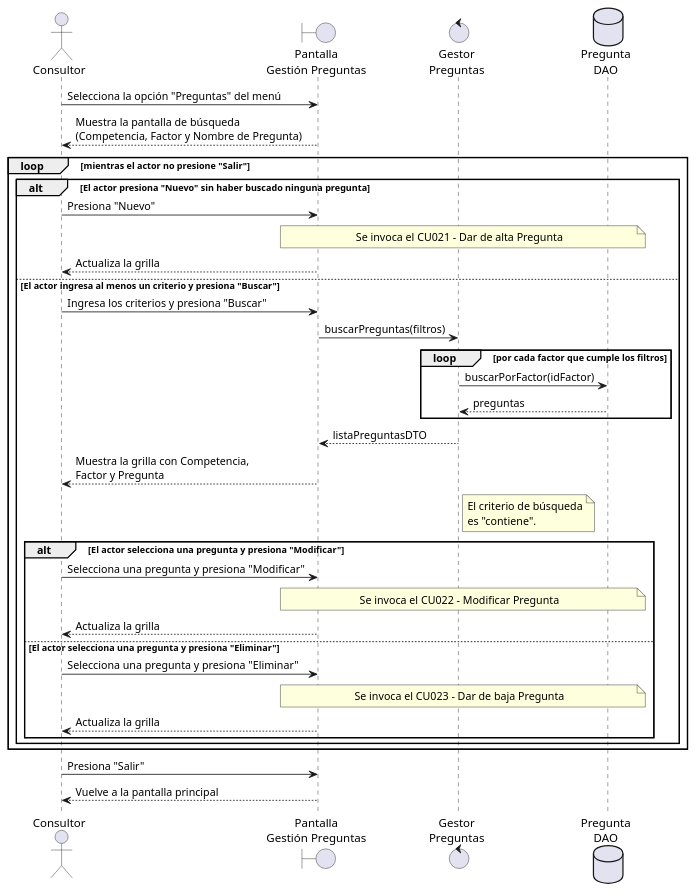
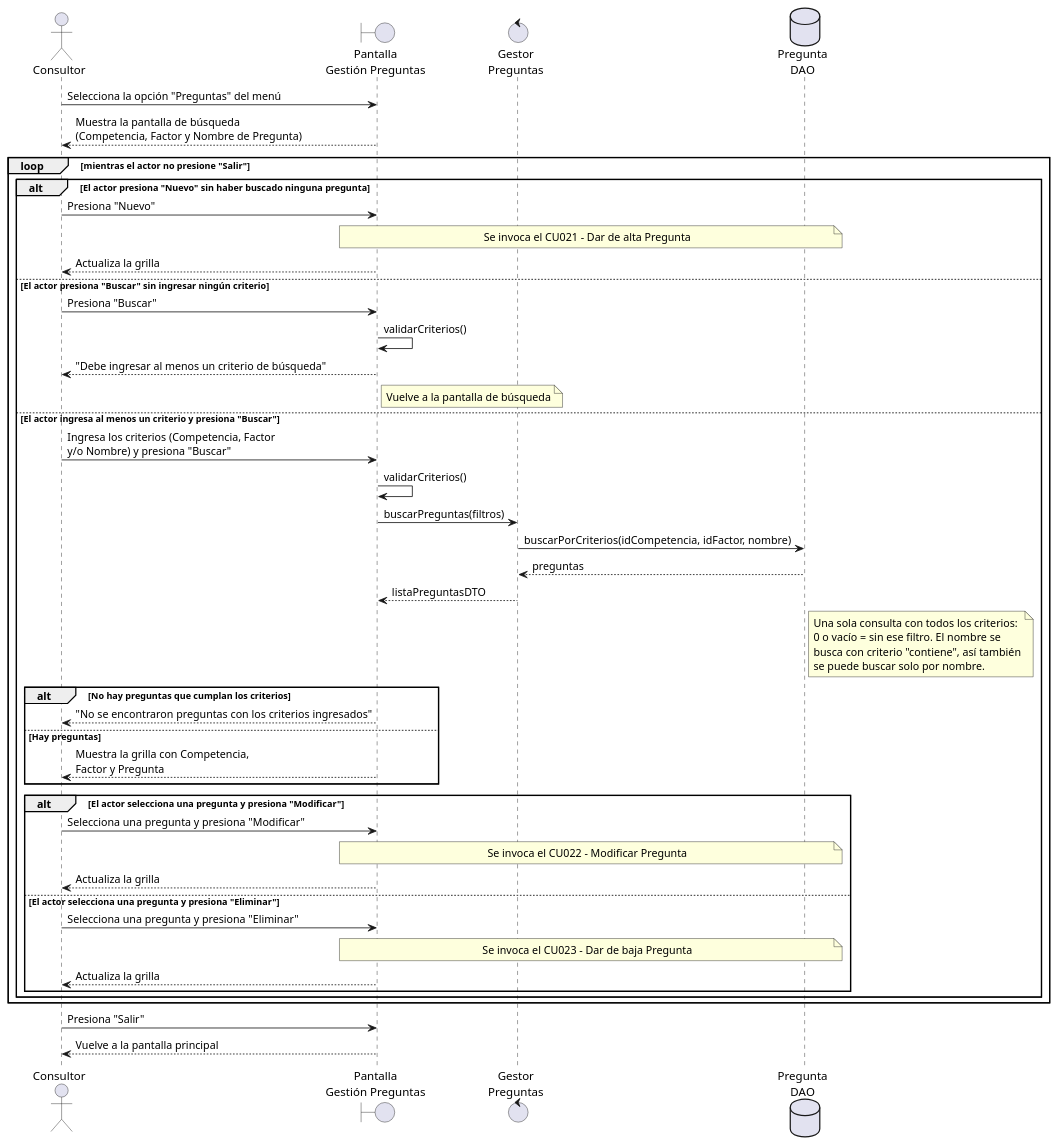
One commit to francopittavino/Design changed the diagram in Entrega 5 - Diagramas de Secuencia/CU020 - Gestionar Preguntas.puml. Above: the diagram before and after it, drawn with PlantUML. The commit also changed 18 other files, not shown here.

Commit message:
docs: alinear diagramas de clases y de secuencia con el código y las correcciones

```diff
--- a/Entrega 5 - Diagramas de Secuencia/CU020 - Gestionar Preguntas.puml
+++ b/Entrega 5 - Diagramas de Secuencia/CU020 - Gestionar Preguntas.puml
@@ -1,58 +1,69 @@
 @startuml CU020_GestionarPreguntas
 
 actor Consultor
 boundary "Pantalla\nGestión Preguntas" as PANT
 control "Gestor\nPreguntas" as GES
 database "Pregunta\nDAO" as DAO
 
 Consultor -> PANT : Selecciona la opción "Preguntas" del menú
 PANT --> Consultor : Muestra la pantalla de búsqueda\n(Competencia, Factor y Nombre de Pregunta)
 
 loop mientras el actor no presione "Salir"
 
   alt El actor presiona "Nuevo" sin haber buscado ninguna pregunta
 
     Consultor -> PANT : Presiona "Nuevo"
     note over PANT, DAO : Se invoca el CU021 - Dar de alta Pregunta
     PANT --> Consultor : Actualiza la grilla
 
+  else El actor presiona "Buscar" sin ingresar ningún criterio
+
+    Consultor -> PANT : Presiona "Buscar"
+    PANT -> PANT : validarCriterios()
+    PANT --> Consultor : "Debe ingresar al menos un criterio de búsqueda"
+    note right of PANT : Vuelve a la pantalla de búsqueda
+
   else El actor ingresa al menos un criterio y presiona "Buscar"
 
-    Consultor -> PANT : Ingresa los criterios y presiona "Buscar"
+    Consultor -> PANT : Ingresa los criterios (Competencia, Factor\ny/o Nombre) y presiona "Buscar"
+    PANT -> PANT : validarCriterios()
     PANT -> GES : buscarPreguntas(filtros)
+    GES -> DAO : buscarPorCriterios(idCompetencia, idFactor, nombre)
+    DAO --> GES : preguntas
+    GES --> PANT : listaPreguntasDTO
 
-    loop por cada factor que cumple los filtros
-      GES -> DAO : buscarPorFactor(idFactor)
-      DAO --> GES : preguntas
+    note right of DAO
+      Una sola consulta con todos los criterios:
+      0 o vacío = sin ese filtro. El nombre se
+      busca con criterio "contiene", así también
+      se puede buscar solo por nombre.
+    end note
+
+    alt No hay preguntas que cumplan los criterios
+      PANT --> Consultor : "No se encontraron preguntas con los criterios ingresados"
+    else Hay preguntas
+      PANT --> Consultor : Muestra la grilla con Competencia,\nFactor y Pregunta
     end
-
-    GES --> PANT : listaPreguntasDTO
-    PANT --> Consultor : Muestra la grilla con Competencia,\nFactor y Pregunta
-
-    note right of GES
-      El criterio de búsqueda
-      es "contiene".
-    end note
 
     alt El actor selecciona una pregunta y presiona "Modificar"
 
       Consultor -> PANT : Selecciona una pregunta y presiona "Modificar"
       note over PANT, DAO : Se invoca el CU022 - Modificar Pregunta
       PANT --> Consultor : Actualiza la grilla
 
     else El actor selecciona una pregunta y presiona "Eliminar"
 
       Consultor -> PANT : Selecciona una pregunta y presiona "Eliminar"
       note over PANT, DAO : Se invoca el CU023 - Dar de baja Pregunta
       PANT --> Consultor : Actualiza la grilla
 
     end
 
   end
 
 end
 
 Consultor -> PANT : Presiona "Salir"
 PANT --> Consultor : Vuelve a la pantalla principal
 
 @enduml
```
